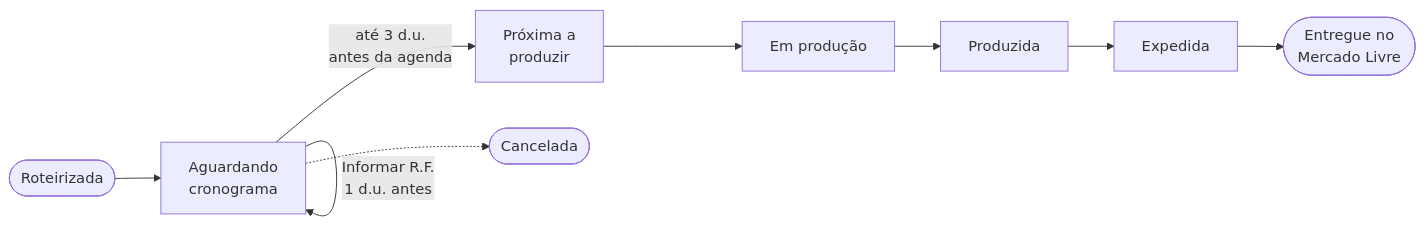
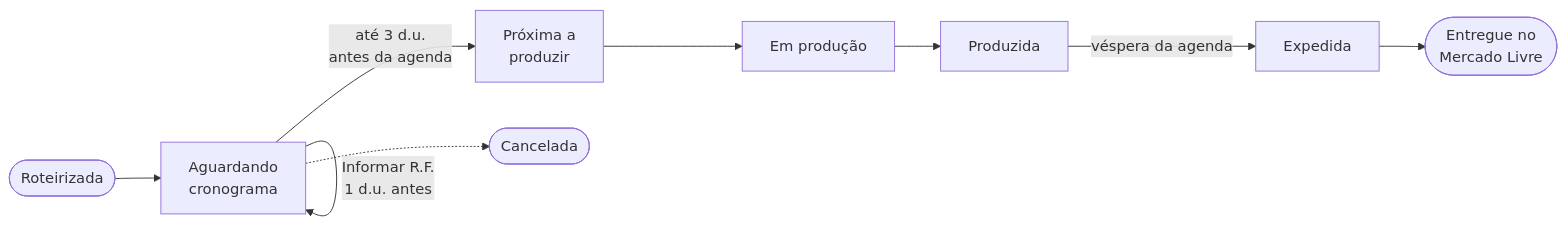
The second of 2 diagrams in README.md (Allan056/painel-cargas), drawn with Mermaid before and after one commit. The commit also changed other lines of this file and 31 other files, not shown here.

````diff
--- a/README.md
+++ b/README.md
@@ -87,11 +137,11 @@
 ```mermaid
 flowchart LR
     A([Roteirizada]) --> B[Aguardando<br>cronograma]
     B -->|Informar R.F.<br>1 d.u. antes| B
     B -->|até 3 d.u.<br>antes da agenda| C[Próxima a<br>produzir]
     C --> D[Em produção]
     D --> E[Produzida]
-    E --> F[Expedida]
+    E -->|véspera da agenda| F[Expedida]
     F --> G([Entregue no<br>Mercado Livre])
     B -.-> X([Cancelada])
 ```
````
